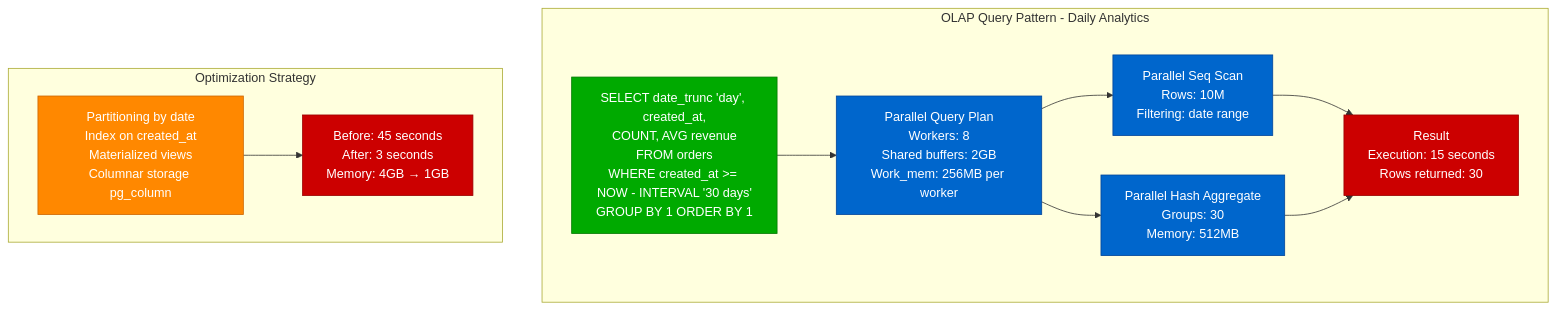
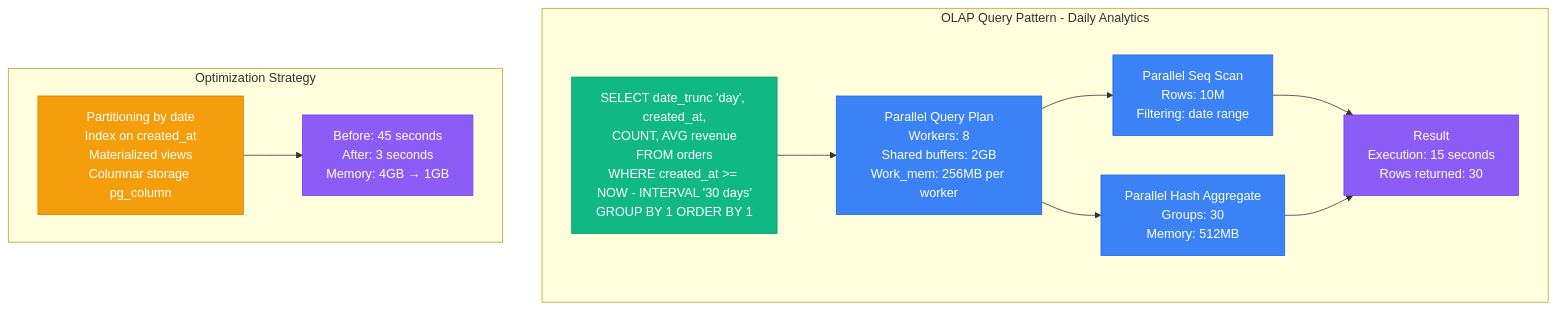
The fourth of 10 diagrams in site/docs/performance/postgresql-performance-profile.md (deepaucksharma/DS), drawn with Mermaid before and after one commit. The commit also changed other lines of this file and 303 other files, not shown here.

````diff
--- a/site/docs/performance/postgresql-performance-profile.md
+++ b/site/docs/performance/postgresql-performance-profile.md
@@ -120,30 +120,30 @@
 ```mermaid
 graph TB
     subgraph "OLAP Query Pattern - Daily Analytics"
         Q1[SELECT date_trunc 'day', created_at,<br/>COUNT, AVG revenue<br/>FROM orders<br/>WHERE created_at >= NOW - INTERVAL '30 days'<br/>GROUP BY 1 ORDER BY 1]
 
         Q1 --> P1[Parallel Query Plan<br/>Workers: 8<br/>Shared buffers: 2GB<br/>Work_mem: 256MB per worker]
 
         P1 --> I1[Parallel Seq Scan<br/>Rows: 10M<br/>Filtering: date range]
 
         P1 --> I2[Parallel Hash Aggregate<br/>Groups: 30<br/>Memory: 512MB]
 
         I1 --> R1[Result<br/>Execution: 15 seconds<br/>Rows returned: 30]
         I2 --> R1
     end
 
     subgraph "Optimization Strategy"
         O1[Partitioning by date<br/>Index on created_at<br/>Materialized views<br/>Columnar storage pg_column]
         O1 --> O2[Before: 45 seconds<br/>After: 3 seconds<br/>Memory: 4GB → 1GB]
     end
 
-    classDef queryStyle fill:#00AA00,stroke:#007700,color:#fff
-    classDef planStyle fill:#0066CC,stroke:#004499,color:#fff
-    classDef optimStyle fill:#FF8800,stroke:#CC6600,color:#fff
-    classDef metricStyle fill:#CC0000,stroke:#990000,color:#fff
+    classDef queryStyle fill:#10B981,stroke:#059669,color:#fff
+    classDef planStyle fill:#3B82F6,stroke:#2563EB,color:#fff
+    classDef optimStyle fill:#F59E0B,stroke:#D97706,color:#fff
+    classDef metricStyle fill:#8B5CF6,stroke:#7C3AED,color:#fff
 
     class Q1 queryStyle
     class P1,I1,I2 planStyle
     class O1 optimStyle
     class R1,O2 metricStyle
 ```
````
